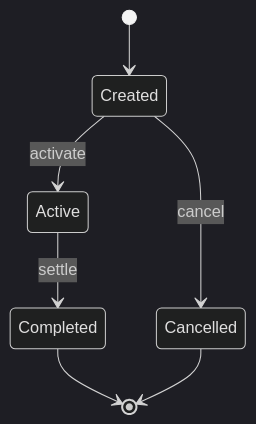
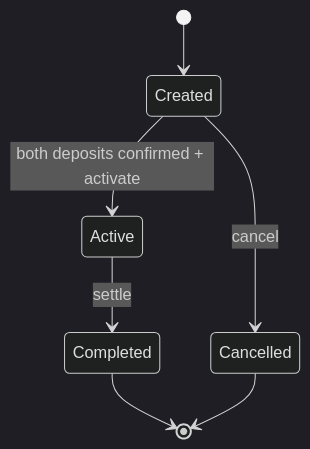
Before and after one commit to DXJLabs/velix: the diagram in docs/veil-escrow-v1.md, drawn with Mermaid (dark theme). The commit also changed other lines of this file and 15 other files, not shown here.

````diff
--- a/docs/veil-escrow-v1.md
+++ b/docs/veil-escrow-v1.md
@@ -40,9 +19,9 @@
 ```mermaid
 stateDiagram-v2
   [*] --> Created
-  Created --> Active: activate
+  Created --> Active: both deposits confirmed + activate
   Created --> Cancelled: cancel
   Active --> Completed: settle
   Completed --> [*]
   Cancelled --> [*]
 ```
````
